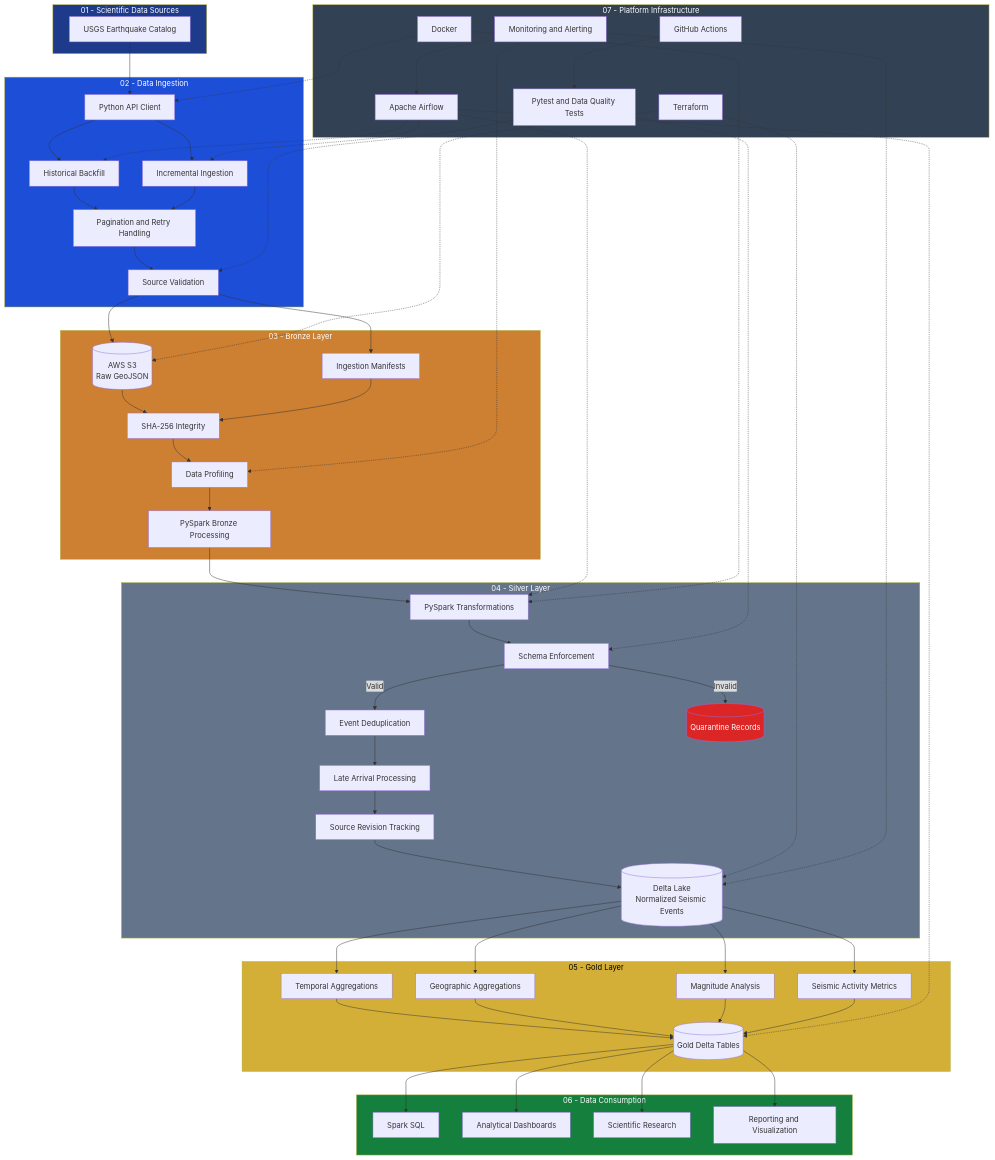
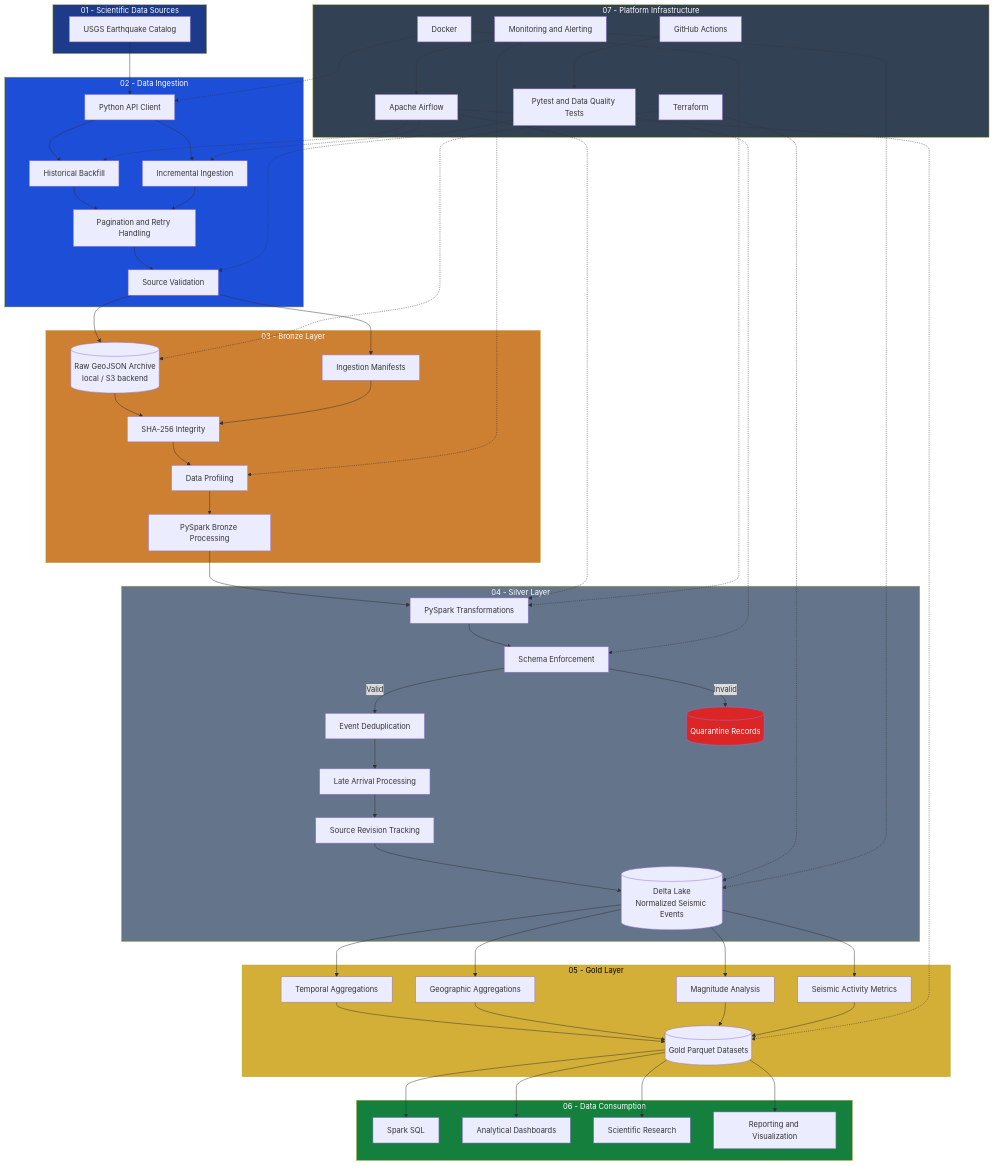
Before and after one commit to blkpvnthr/scientific-event-lakehouse: diagram 20 of 24 in README.md, drawn with Mermaid. The commit also changed other lines of this file and 3 other files, not shown here.

First line of the commit message:
docs: finalize v1.0 lakehouse architecture, Mermaid diagrams, and technical documentation

```diff
--- a/README.md
+++ b/README.md
@@ -1294,7 +1423,7 @@
     end
 
     subgraph BRONZE["03 - Bronze Layer"]
-        G[("AWS S3<br/>Raw GeoJSON")]
+        G[("Raw GeoJSON Archive<br/>local / S3 backend")]
         H[Ingestion Manifests]
         I[SHA-256 Integrity]
         J[Data Profiling]
@@ -1316,7 +1445,7 @@
         T[Geographic Aggregations]
         U[Magnitude Analysis]
         V[Seismic Activity Metrics]
-        W[(Gold Delta Tables)]
+        W[(Gold Parquet Datasets)]
     end
 
     subgraph CONSUMPTION["06 - Data Consumption"]
```
